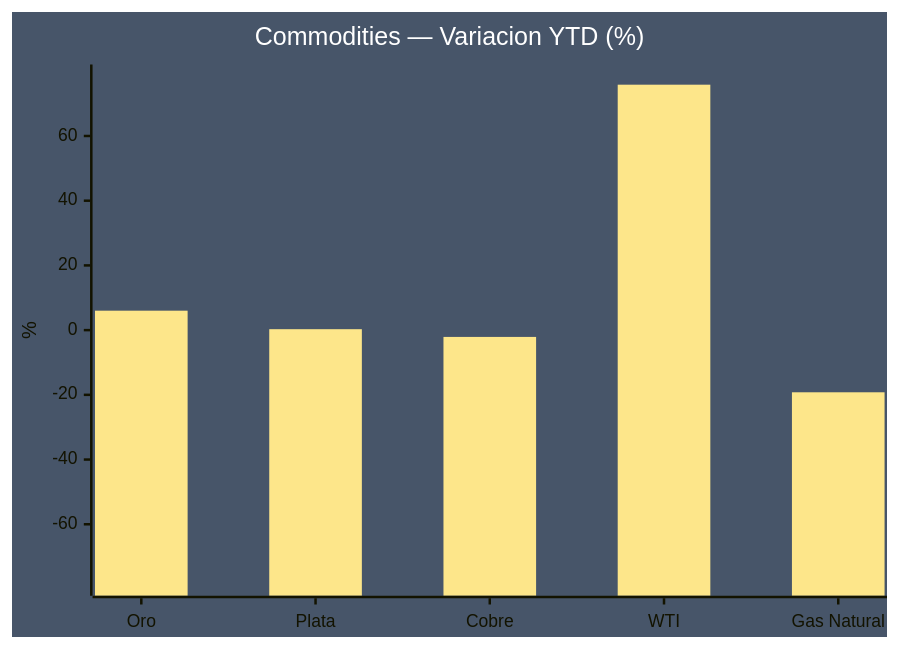
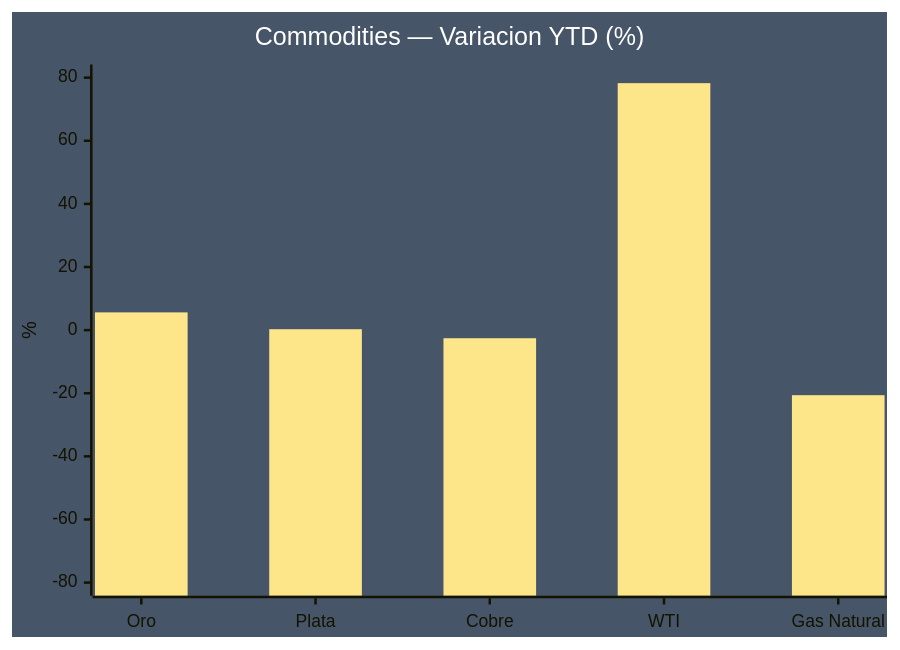
The sixth of 9 diagrams in reports/2026-03-30.md (kanoso/tablero-divisas), drawn with Mermaid before and after one commit. The commit also changed other lines of this file and 2 other files, not shown here.

````diff
--- a/reports/2026-03-30.md
+++ b/reports/2026-03-30.md
@@ -142,8 +142,8 @@
 ```mermaid
 %%{init: {"theme":"base","themeVariables":{"xyChart":{"backgroundColor":"#475569","plotBackgroundColor":"#334155","plotColorPalette":"#fde68a","titleColor":"#ffffff","axisLineColor":"#cbd5e1","labelColor":"#ffffff","tickColor":"#cbd5e1"}}}}%%
 xychart-beta
     title "Commodities — Variacion YTD (%)"
     x-axis ["Oro", "Plata", "Cobre", "WTI", "Gas Natural"]
-    y-axis "%" -79 --> 79
-    bar [6.01, 0.29, -2.10, 75.85, -19.21]
+    y-axis "%" -81 --> 81
+    bar [5.62, 0.29, -2.57, 78.26, -20.62]
 ```
````
